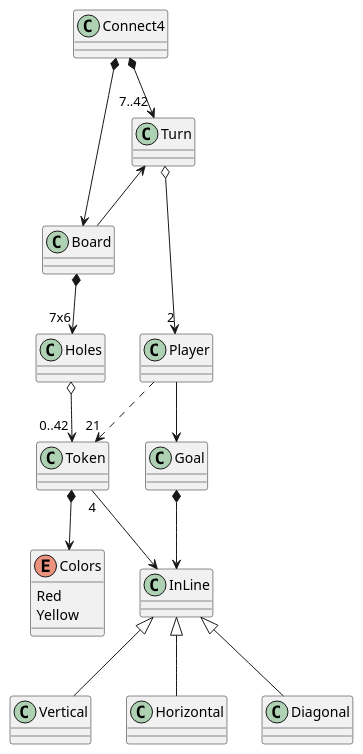
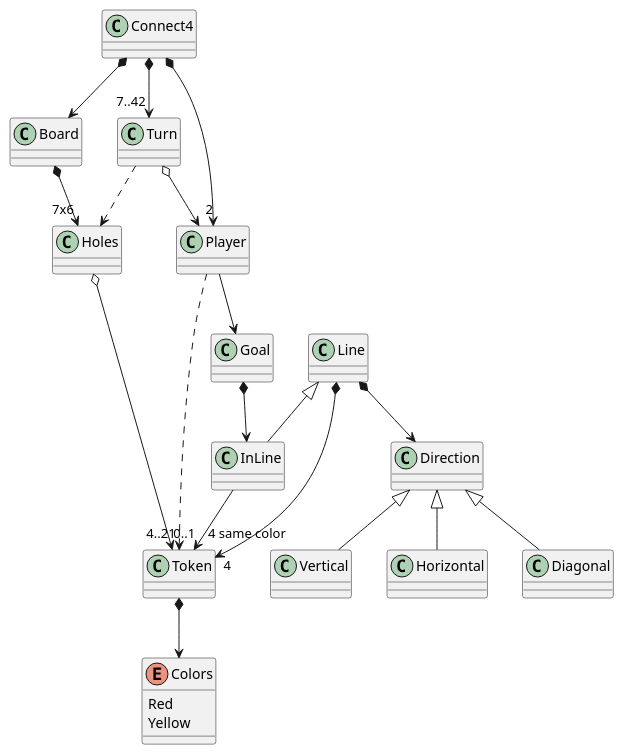
One commit to jumpering/connect4 changed the diagram in UML/domainModel.puml. Above: the diagram before and after it, drawn with PlantUML. The commit also changed 5 other files, not shown here.

```diff
--- a/UML/domainModel.puml
+++ b/UML/domainModel.puml
@@ -1,38 +1,50 @@
 @startuml
 class Connect4
 class Board
 class Token
 class Turn
 class Player
 class Holes
 class Goal
 class InLine
+class Line
+class Direction
 enum Colors{
 Red
 Yellow
 }
 
 Connect4 *--> Board
+Connect4 *--> "2" Player
 Connect4 *--> "7..42" Turn
 Player --> Goal
 
 Goal *--> InLine
 
-Token "4" -->  InLine
-
-InLine <|-- Vertical
-InLine <|-- Horizontal
-InLine <|-- Diagonal
 
 
-Turn o--> "2" Player
-Turn <-- Board
+Direction <|-- Vertical
+Direction <|-- Horizontal
+Direction <|-- Diagonal
+
+Line <|-- InLine
+
+Line *--> "4" Token
+
+Line *--> Direction
+
+InLine --> "4 same color" Token 
+
+
+Turn o--> Player
+Turn ..> Holes
+
 
 Board *--> "7x6" Holes
 
-Holes o--> "0..42" Token
+Holes o--> "0..1" Token
 
-Player ..> "21" Token
+Player ..> "4..21" Token
 
 Token *--> Colors
 @enduml
```
